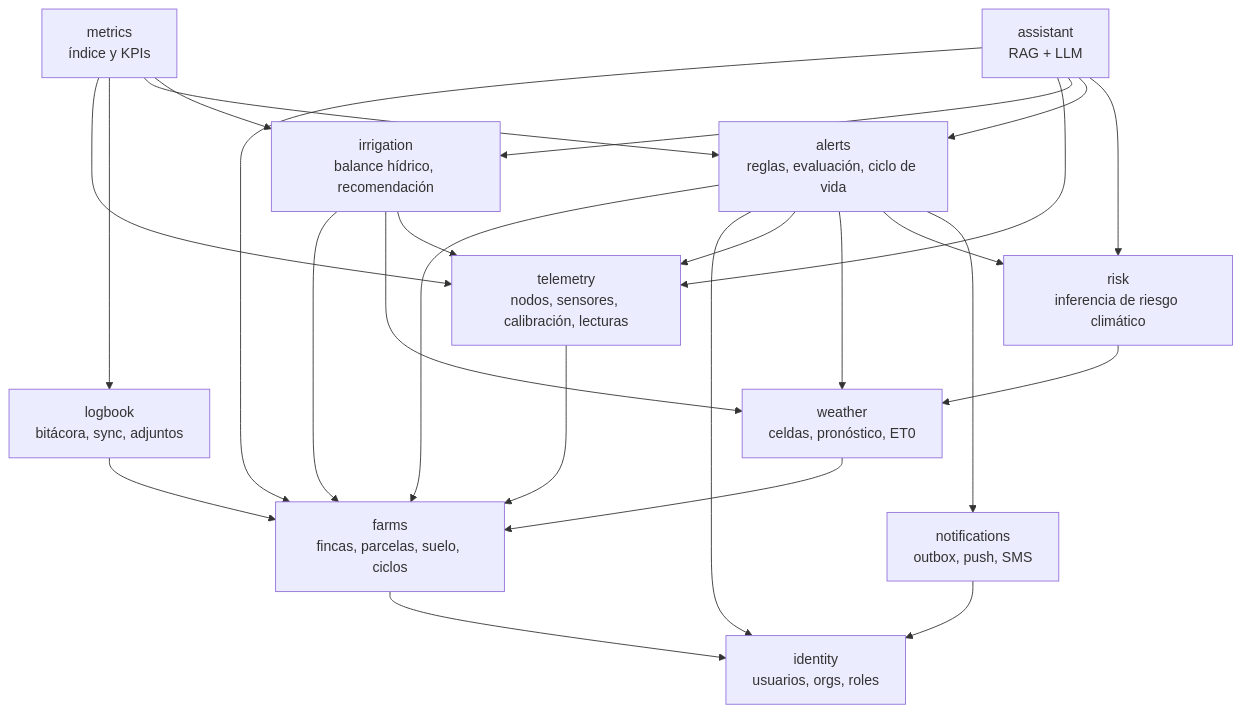
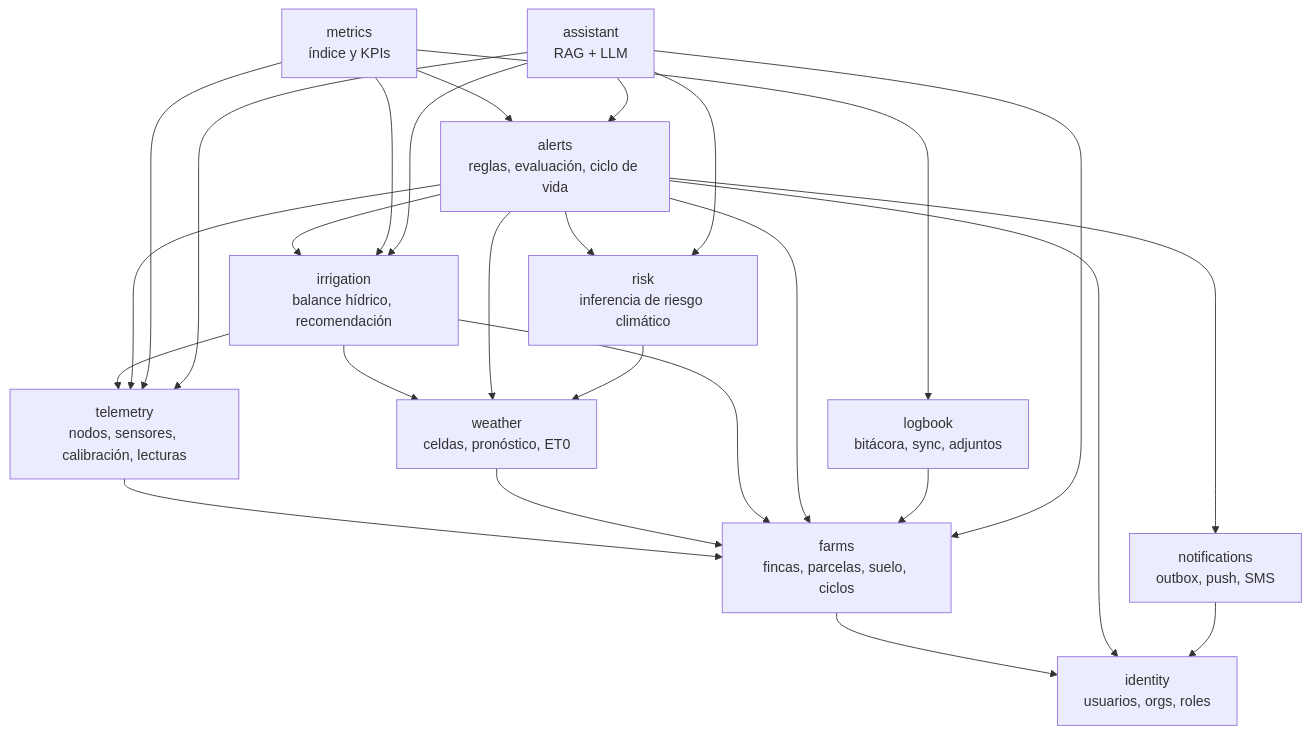
Before and after one commit to jab16jy/techcamp-v2: the third of 6 diagrams in docs/05-arquitectura.md, drawn with Mermaid. The commit also changed other lines of this file and 18 other files, not shown here.

````diff
--- a/docs/05-arquitectura.md
+++ b/docs/05-arquitectura.md
@@ -89,39 +89,40 @@
 ```mermaid
 flowchart TB
   identity[identity<br/>usuarios, orgs, roles]
   farms[farms<br/>fincas, parcelas, suelo, ciclos]
   telemetry[telemetry<br/>nodos, sensores, calibración, lecturas]
   weather[weather<br/>celdas, pronóstico, ET0]
   irrigation[irrigation<br/>balance hídrico, recomendación]
   alerts[alerts<br/>reglas, evaluación, ciclo de vida]
   notifications[notifications<br/>outbox, push, SMS]
   logbook[logbook<br/>bitácora, sync, adjuntos]
   risk[risk<br/>inferencia de riesgo climático]
   metrics[metrics<br/>índice y KPIs]
   assistant[assistant<br/>RAG + LLM]
 
   farms --> identity
   telemetry --> farms
   weather --> farms
   irrigation --> farms
   irrigation --> weather
   irrigation --> telemetry
   alerts --> farms
   alerts --> identity
   alerts --> telemetry
   alerts --> weather
+  alerts --> irrigation
   alerts --> risk
   alerts --> notifications
   notifications --> identity
   logbook --> farms
   risk --> weather
   metrics --> telemetry
   metrics --> logbook
   metrics --> alerts
   metrics --> irrigation
   assistant --> farms
   assistant --> telemetry
   assistant --> irrigation
   assistant --> alerts
   assistant --> risk
 ```
````
